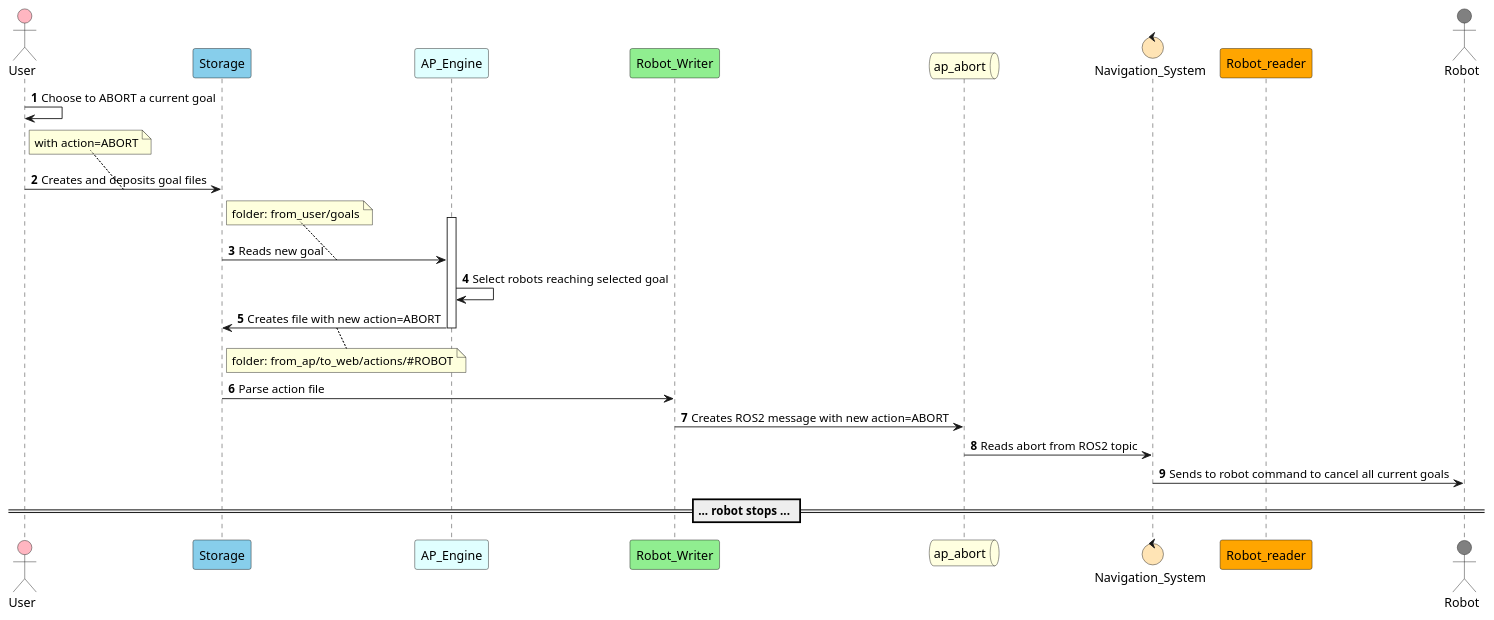
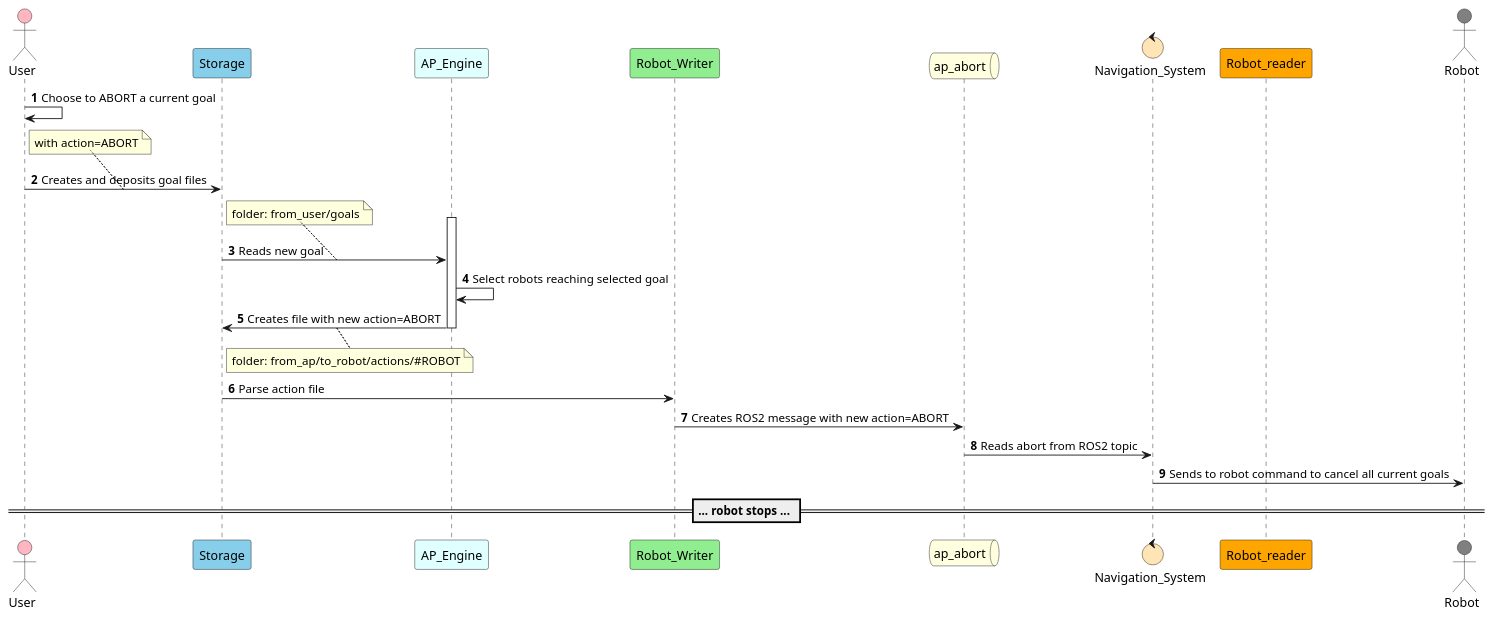
Before and after one commit to fcpp-experiments/ros2-library-project: the diagram in doc/usecases/uml_seq_arch_abort.plantuml, drawn with PlantUML. The commit also changed 7 other files, not shown here.

```diff
--- a/doc/usecases/uml_seq_arch_abort.plantuml
+++ b/doc/usecases/uml_seq_arch_abort.plantuml
@@ -1,39 +1,39 @@
 @startuml
 !pragma teoz true
 autonumber
 
 actor User as user #LightPink
 participant "Storage" as app_storage #SkyBlue
 participant AP_Engine as ap_engine #LightCyan
 participant Robot_Writer as robot_writer #LightGreen
 queue ap_abort as ap_abort #LightYellow
 control Navigation_System as navigation_system #Moccasin
 participant Robot_reader as robot_reader #Orange
 actor Robot as robot #Grey
 
 user -> user: Choose to ABORT a current goal
 user -> app_storage: Creates and deposits goal files
 note top
     with action=ABORT
 end note
 
 app_storage -> ap_engine: Reads new goal
 activate ap_engine
     note top
         folder: from_user/goals
     end note
     ap_engine -> ap_engine: Select robots reaching selected goal
     ap_engine -> app_storage: Creates file with new action=ABORT
     note bottom
-        folder: from_ap/to_web/actions/#ROBOT
+        folder: from_ap/to_robot/actions/#ROBOT
     end note
 deactivate ap_engine
 
 app_storage -> robot_writer: Parse action file
 robot_writer -> ap_abort: Creates ROS2 message with new action=ABORT
 ap_abort -> navigation_system: Reads abort from ROS2 topic
 navigation_system -> robot: Sends to robot command to cancel all current goals
 
 == ... robot stops ... ==
 
 @enduml
```
